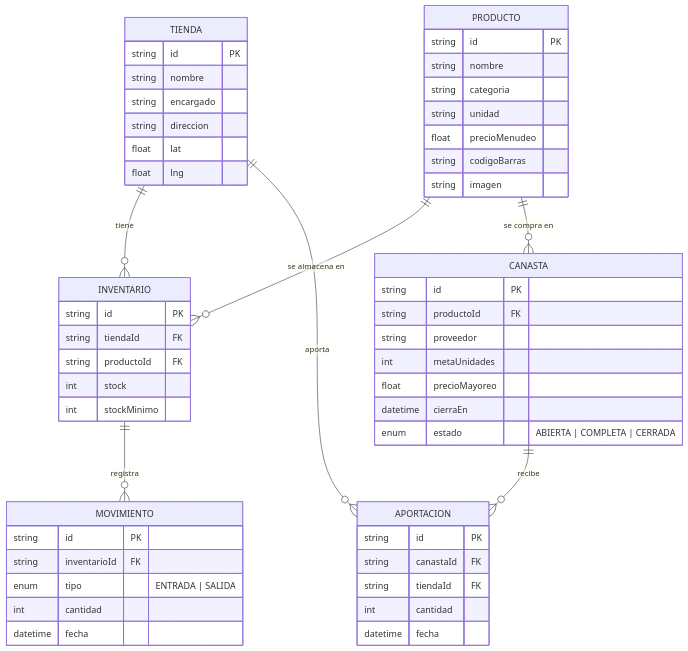
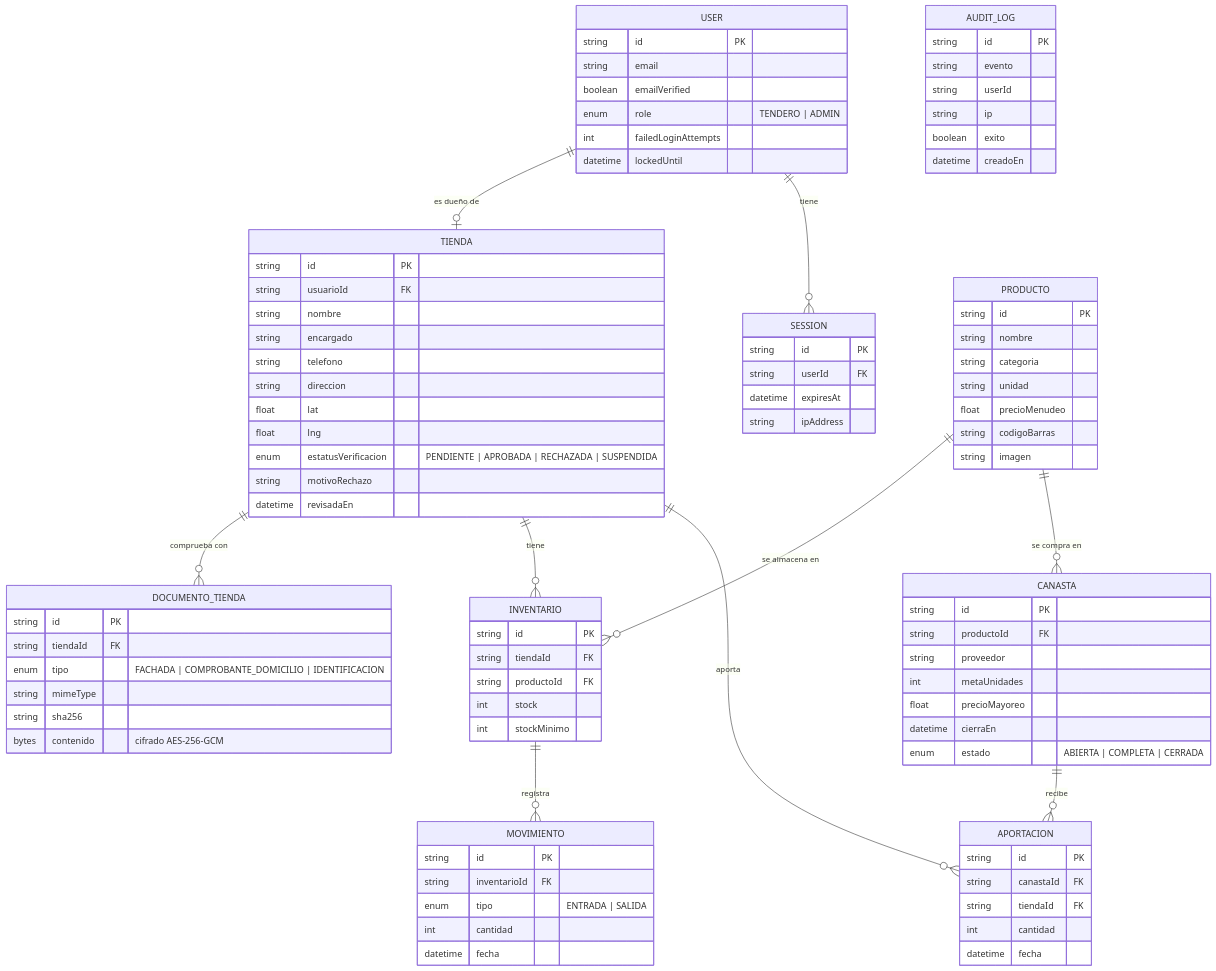
One commit to AlcortDev/Reyes-3---HackaPony changed the sixth of 13 diagrams in docs/SRS.md. Above: the diagram before and after it, drawn with Mermaid. The commit also changed other lines of this file and 3 other files, not shown here.

````diff
--- a/docs/SRS.md
+++ b/docs/SRS.md
@@ -413,5 +522,8 @@
 ```mermaid
 erDiagram
+    USER ||--o| TIENDA : "es dueño de"
+    USER ||--o{ SESSION : "tiene"
+    TIENDA ||--o{ DOCUMENTO_TIENDA : "comprueba con"
     TIENDA ||--o{ INVENTARIO : "tiene"
     PRODUCTO ||--o{ INVENTARIO : "se almacena en"
     INVENTARIO ||--o{ MOVIMIENTO : "registra"
@@ -419,13 +531,48 @@
     CANASTA ||--o{ APORTACION : "recibe"
     TIENDA ||--o{ APORTACION : "aporta"
 
+    USER {
+        string id PK
+        string email
+        boolean emailVerified
+        enum role "TENDERO | ADMIN"
+        int failedLoginAttempts
+        datetime lockedUntil
+    }
+    SESSION {
+        string id PK
+        string userId FK
+        datetime expiresAt
+        string ipAddress
+    }
     TIENDA {
         string id PK
+        string usuarioId FK
         string nombre
         string encargado
+        string telefono
         string direccion
         float lat
         float lng
+        enum estatusVerificacion "PENDIENTE | APROBADA | RECHAZADA | SUSPENDIDA"
+        string motivoRechazo
+        datetime revisadaEn
+    }
+    DOCUMENTO_TIENDA {
+        string id PK
+        string tiendaId FK
+        enum tipo "FACHADA | COMPROBANTE_DOMICILIO | IDENTIFICACION"
+        string mimeType
+        string sha256
+        bytes contenido "cifrado AES-256-GCM"
+    }
+    AUDIT_LOG {
+        string id PK
+        string evento
+        string userId
+        string ip
+        boolean exito
+        datetime creadoEn
     }
     PRODUCTO {
         string id PK
````
